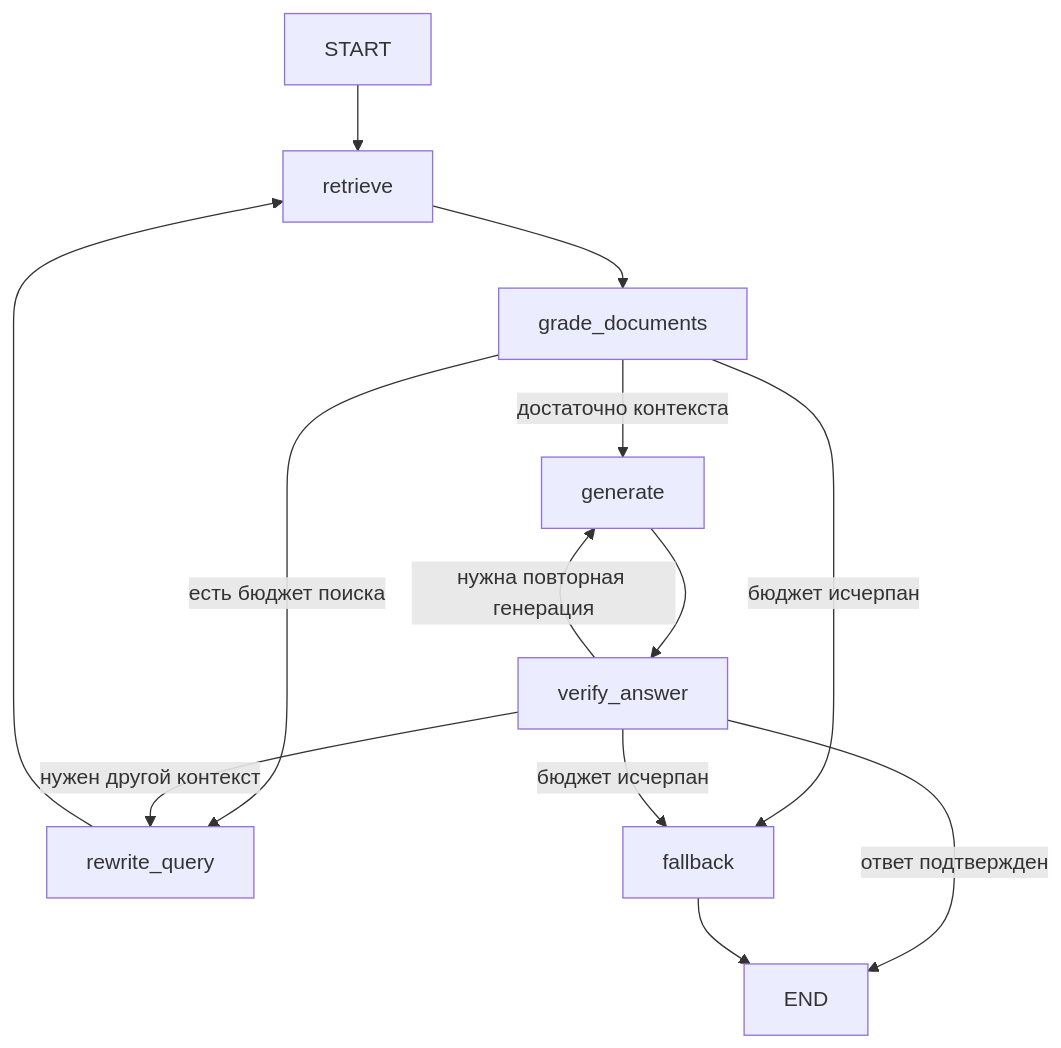
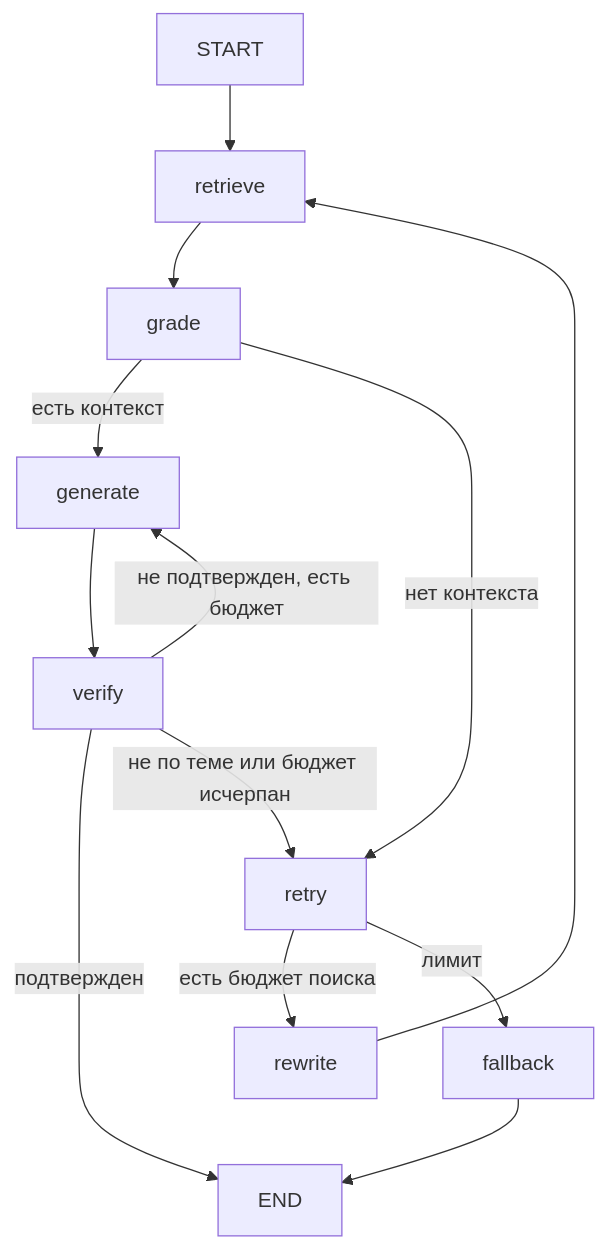
One commit to AntoGA/langgraph-rag changed the diagram in README.md. Above: the diagram before and after it, drawn with Mermaid. The commit also changed other lines of this file and 17 other files, not shown here.

Commit message:
feat: implement bounded RAG graph, hybrid retrieval, API and offline tests

````diff
--- a/README.md
+++ b/README.md
@@ -13,15 +9,15 @@
 ```mermaid
 flowchart TD
     START --> retrieve
-    retrieve --> grade_documents
-    grade_documents -->|достаточно контекста| generate
-    grade_documents -->|есть бюджет поиска| rewrite_query
-    grade_documents -->|бюджет исчерпан| fallback
-    rewrite_query --> retrieve
-    generate --> verify_answer
-    verify_answer -->|ответ подтвержден| END
-    verify_answer -->|нужна повторная генерация| generate
-    verify_answer -->|нужен другой контекст| rewrite_query
-    verify_answer -->|бюджет исчерпан| fallback
+    retrieve --> grade
+    grade -->|есть контекст| generate
+    grade -->|нет контекста| retry
+    generate --> verify
+    verify -->|подтвержден| END
+    verify -->|не подтвержден, есть бюджет| generate
+    verify -->|не по теме или бюджет исчерпан| retry
+    retry -->|есть бюджет поиска| rewrite
+    rewrite --> retrieve
+    retry -->|лимит| fallback
     fallback --> END
 ```
````
